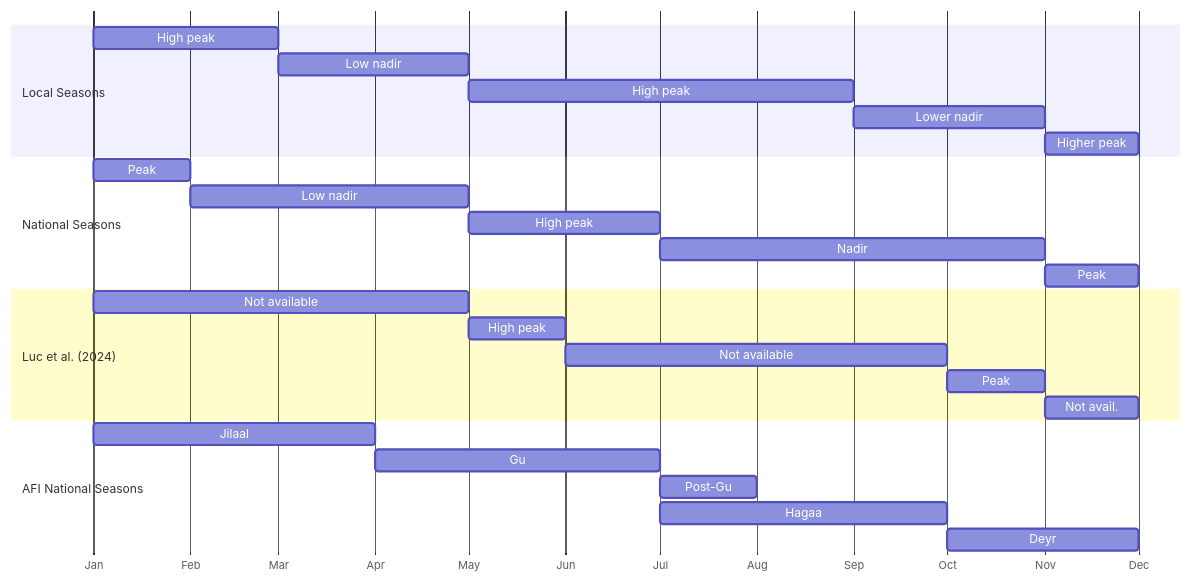
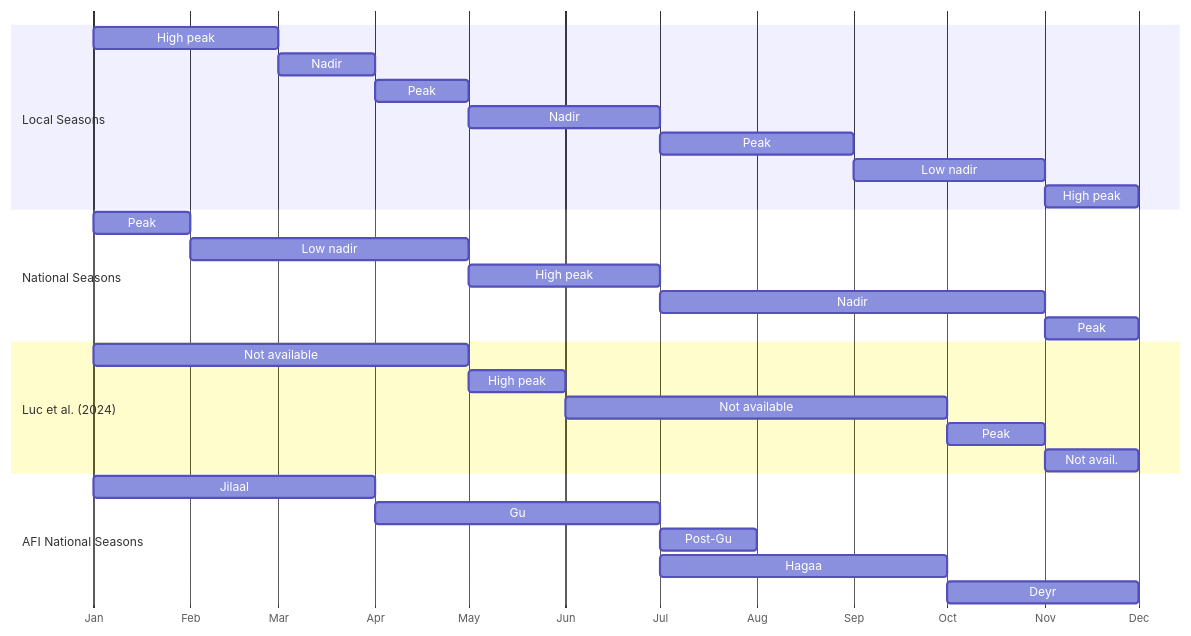
The ninth of 10 diagrams in report.qmd (nutimes/som-sam-admit), drawn with Mermaid before and after one commit. The commit also changed other lines of this file, not shown here.

````diff
--- a/report.qmd
+++ b/report.qmd
@@ -761,37 +772,39 @@
 ```{mermaid}
 %%| label: fig-afi-amn-calendar-riverine
 %%| fig-cap: AMN seasonal calendar *versus* AFI seasonal calendar
 
 gantt
     dateFormat M
     axisFormat %b
     todayMarker off
 
     section Local Seasons
     High peak :amn1, 1, 3
-    Low nadir :amn2, 3, 5
-    High peak :amn3, 5, 9
-    Lower nadir :amn5, 9, 11
-    Higher peak :amn6, 11, 12
+    Nadir :amn2, 3, 4
+    Peak :amn3, 4, 5
+    Nadir :amn4, 5, 7
+    Peak :amn5, 7, 9
+    Low nadir :amn6, 9, 11
+    High peak :amn7, 11, 12
 
     section National Seasons
     Peak :ntl1, 1, 2
     Low nadir :ntl2, 2, 5
     High peak :ntl3, 5, 7
     Nadir :ntl4, 7, 11
     Peak :ntl5, 11, 12
 
     section Luc et al. (2024)
     Not available :luc1, 1, 5
     High peak :luc2, 5, 6
     Not available :luc3, 6, 10
     Peak :luc4, 10, 11
     Not avail. :luc5, 11, 12
 
     section AFI National Seasons
     Jilaal :afi1, 1, 4
     Gu     :afi2, 4, 7
     Post-Gu:afi3, 7, 8
     Hagaa  :afi4, 7, 10
     Deyr   :afi5, 10, 12
 ```
````
